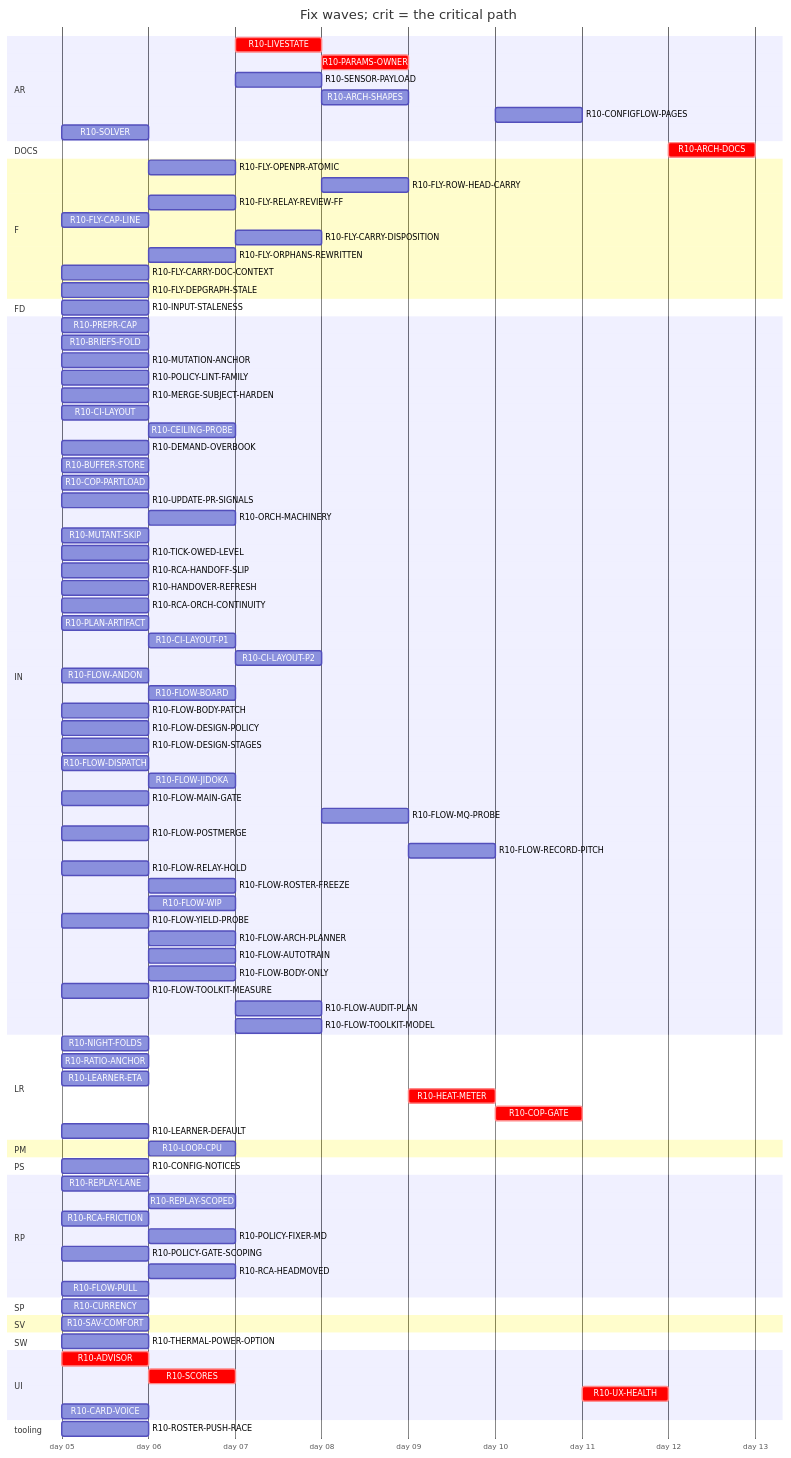
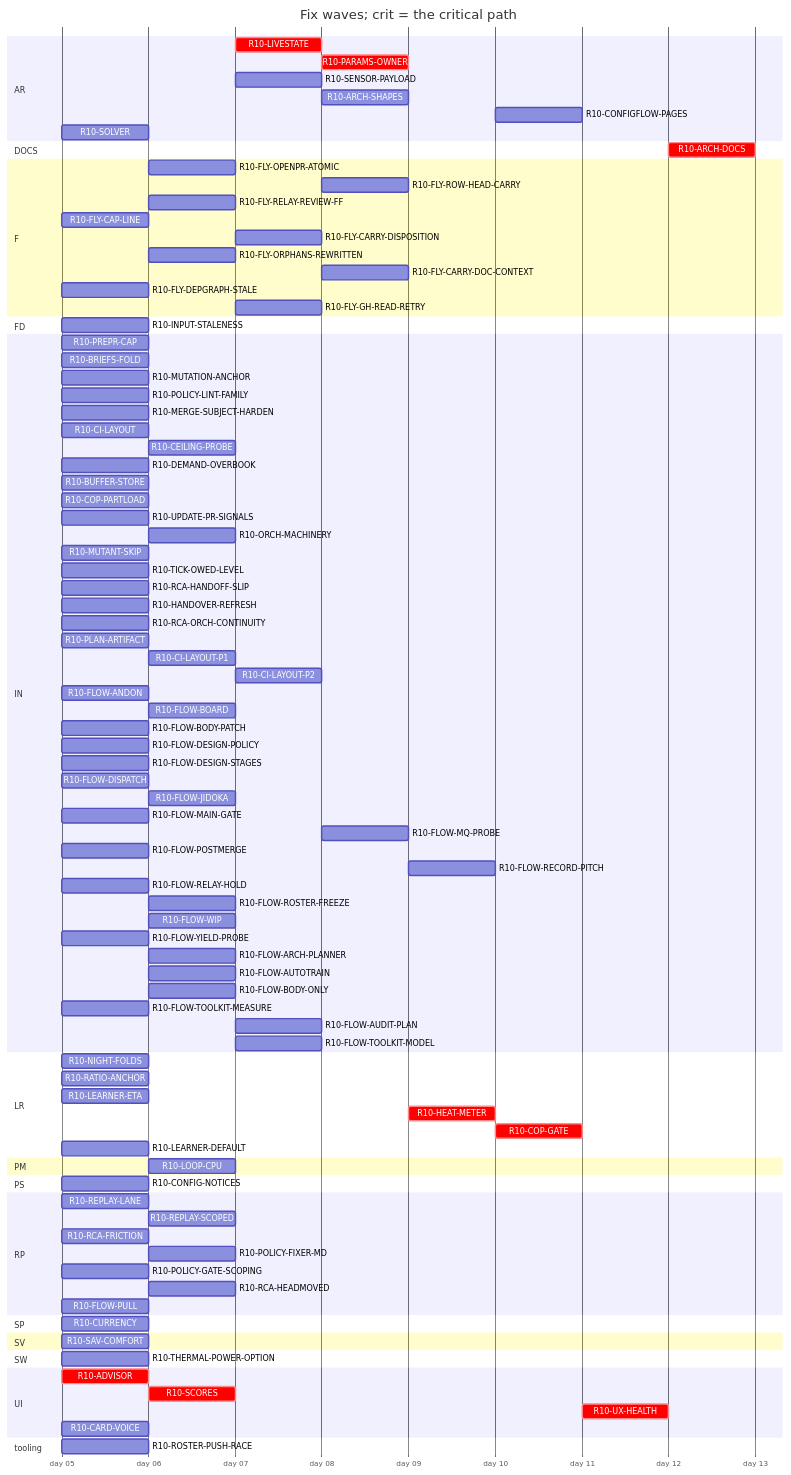
One commit to tvofi/heatpump_optimizer changed the diagram in handoff/round10/state/PLAN-TABLE.md. Above: the diagram before and after it, drawn with Mermaid. The commit also changed other lines of this file and 2 other files, not shown here.

```diff
--- a/handoff/round10/state/PLAN-TABLE.md
+++ b/handoff/round10/state/PLAN-TABLE.md
@@ -45,8 +45,9 @@
     R10-FLY-CAP-LINE :r10FLYCAPLINE, 2026-01-05, 1d
     R10-FLY-CARRY-DISPOSITION :r10FLYCARRYDISPOSITION, after r10FLYORPHANSREWRITTEN, 1d
     R10-FLY-ORPHANS-REWRITTEN :r10FLYORPHANSREWRITTEN, after r10TICKOWEDLEVEL r10FLOWRELAYHOLD r10UPDATEPRSIGNALS, 1d
-    R10-FLY-CARRY-DOC-CONTEXT :r10FLYCARRYDOCCONTEXT, 2026-01-05, 1d
+    R10-FLY-CARRY-DOC-CONTEXT :r10FLYCARRYDOCCONTEXT, after r10FLYGHREADRETRY, 1d
     R10-FLY-DEPGRAPH-STALE :r10FLYDEPGRAPHSTALE, 2026-01-05, 1d
+    R10-FLY-GH-READ-RETRY :r10FLYGHREADRETRY, after r10CILAYOUTP1 r10FLOWMAINGATE r10UPDATEPRSIGNALS, 1d
   section FD
     R10-INPUT-STALENESS :r10INPUTSTALENESS, 2026-01-05, 1d
   section IN
```
